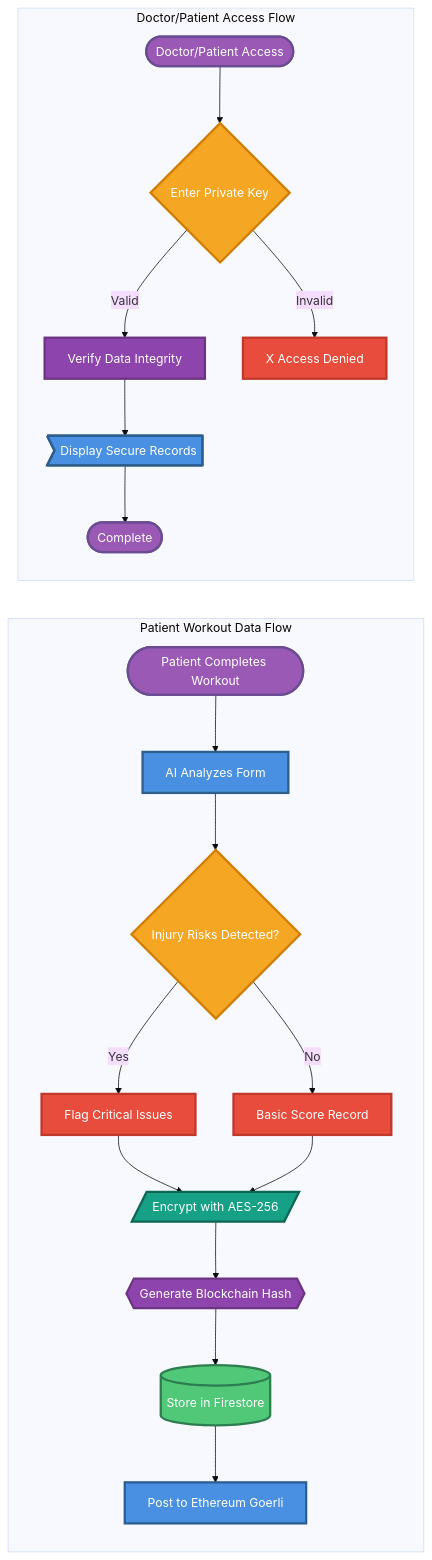
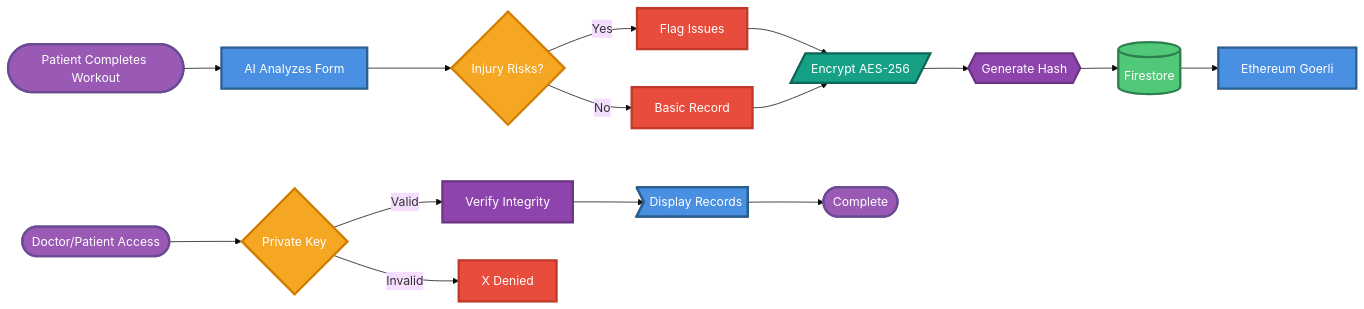
Before and after one commit to majidsafwaan2/gymguard: the diagram in BLOCKCHAIN_FLOWCHART_WIDE.md, drawn with Mermaid (base theme).

Commit message:
Optimize flowchart for wider horizontal layout with shorter labels

````diff
--- a/BLOCKCHAIN_FLOWCHART_WIDE.md
+++ b/BLOCKCHAIN_FLOWCHART_WIDE.md
@@ -3,40 +3,36 @@
 ```mermaid
 flowchart LR
-    subgraph PatientFlow["Patient Workout Data Flow"]
-        Start([Patient Completes Workout]) --> AI[AI Analyzes Form]
-        AI --> Risk{Injury Risks Detected?}
-        Risk -->|Yes| FlagRisks[Flag Critical Issues]
-        Risk -->|No| Basic[Basic Score Record]
-        FlagRisks --> Encrypt[/Encrypt with AES-256/]
-        Basic --> Encrypt
-        Encrypt --> Hash{{Generate Blockchain Hash}}
-        Hash --> Store[(Store in Firestore)]
-        Store --> BC[Post to Ethereum Goerli]
-    end
+    Start([Patient Completes Workout]) --> AI[AI Analyzes Form]
+    AI --> Risk{Injury Risks?}
+    Risk -->|Yes| FlagRisks[Flag Issues]
+    Risk -->|No| Basic[Basic Record]
+    FlagRisks --> Encrypt[/Encrypt AES-256/]
+    Basic --> Encrypt
+    Encrypt --> Hash{{Generate Hash}}
+    Hash --> Store[(Firestore)]
+    Store --> BC[Ethereum Goerli]
     
-    subgraph AccessFlow["Doctor/Patient Access Flow"]
-        AccessStart([Doctor/Patient Access]) --> Auth{Enter Private Key}
-        Auth -->|Valid| Verify[Verify Data Integrity]
-        Auth -->|Invalid| Deny[X Access Denied]
-        Verify --> Display>Display Secure Records]
-        Display --> End([Complete])
-    end
+    AccessStart([Doctor/Patient Access]) --> Auth{Private Key}
+    Auth -->|Valid| Verify[Verify Integrity]
+    Auth -->|Invalid| Deny[X Denied]
+    Verify --> Display>Display Records]
+    Display --> End([Complete])
     
     %% Styling with varied colors
     classDef main fill:#4A90E2,stroke:#2C5F8D,stroke-width:3px,color:#fff
     classDef decision fill:#F5A623,stroke:#D17E00,stroke-width:3px,color:#fff
     classDef store fill:#50C878,stroke:#2E7D4E,stroke-width:3px,color:#fff
     classDef start fill:#9B59B6,stroke:#6A4C93,stroke-width:3px,color:#fff
     classDef highlight fill:#E74C3C,stroke:#C0392B,stroke-width:3px,color:#fff
     classDef process fill:#16A085,stroke:#0E6655,stroke-width:3px,color:#fff
     classDef verify fill:#8E44AD,stroke:#6C3483,stroke-width:3px,color:#fff
     
     class AI,BC,Display main
     class Risk,Auth decision
     class Store store
     class Start,AccessStart,End start
     class FlagRisks,Basic highlight
     class Encrypt process
     class Hash,Verify verify
     class Deny highlight
 ```
````
